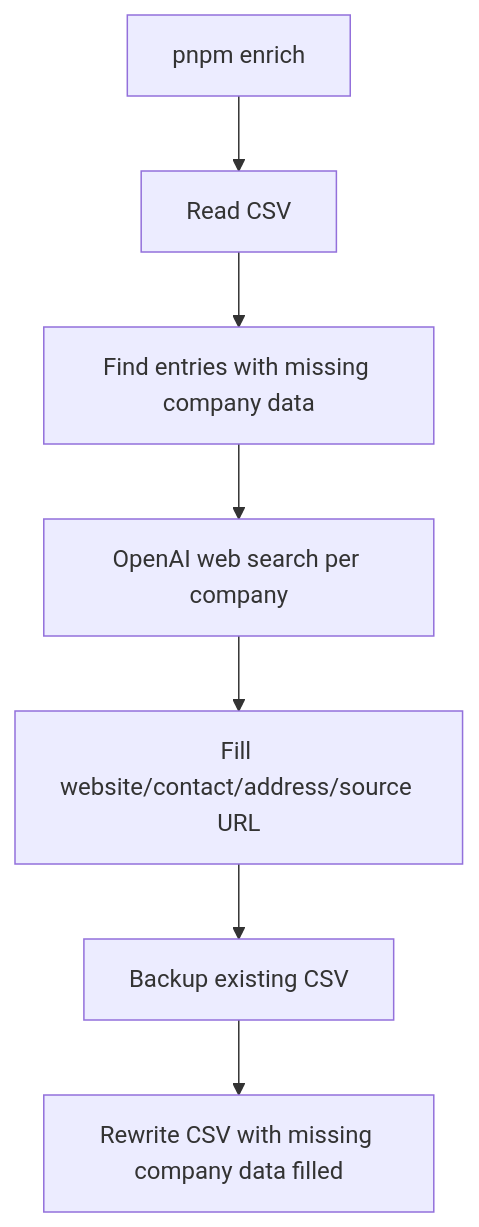
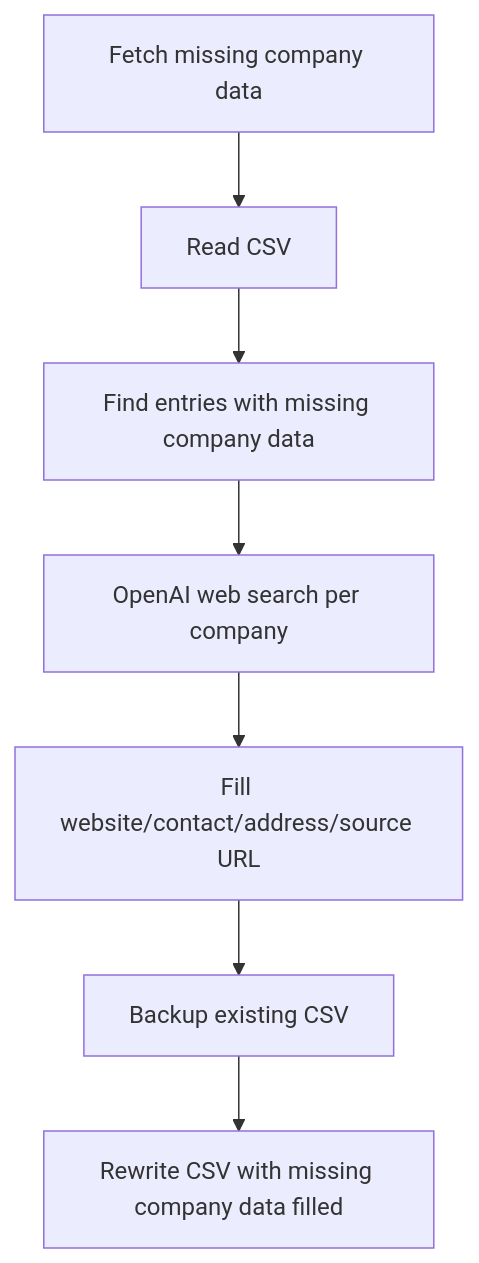
The fifth of 5 diagrams in README.md (idahotallpaul/work-search-reporter), drawn with Mermaid before and after one commit. The commit also changed other lines of this file and 5 other files, not shown here.

````diff
--- a/README.md
+++ b/README.md
@@ -102,9 +89,9 @@
 ```mermaid
 flowchart TD
-  A["pnpm enrich"] --> B["Read CSV"]
+  A["Fetch missing company data"] --> B["Read CSV"]
   B --> C["Find entries with missing company data"]
   C --> D["OpenAI web search per company"]
   D --> E["Fill website/contact/address/source URL"]
   E --> F["Backup existing CSV"]
   F --> G["Rewrite CSV with missing company data filled"]
 ```
````
